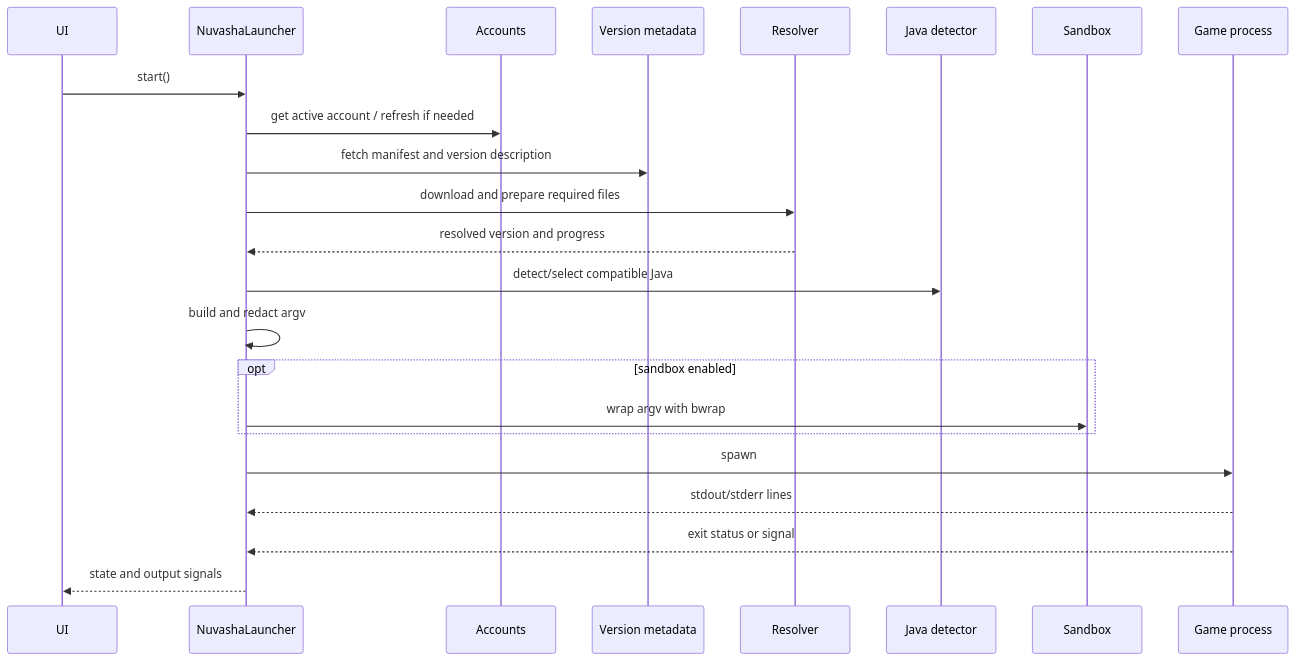
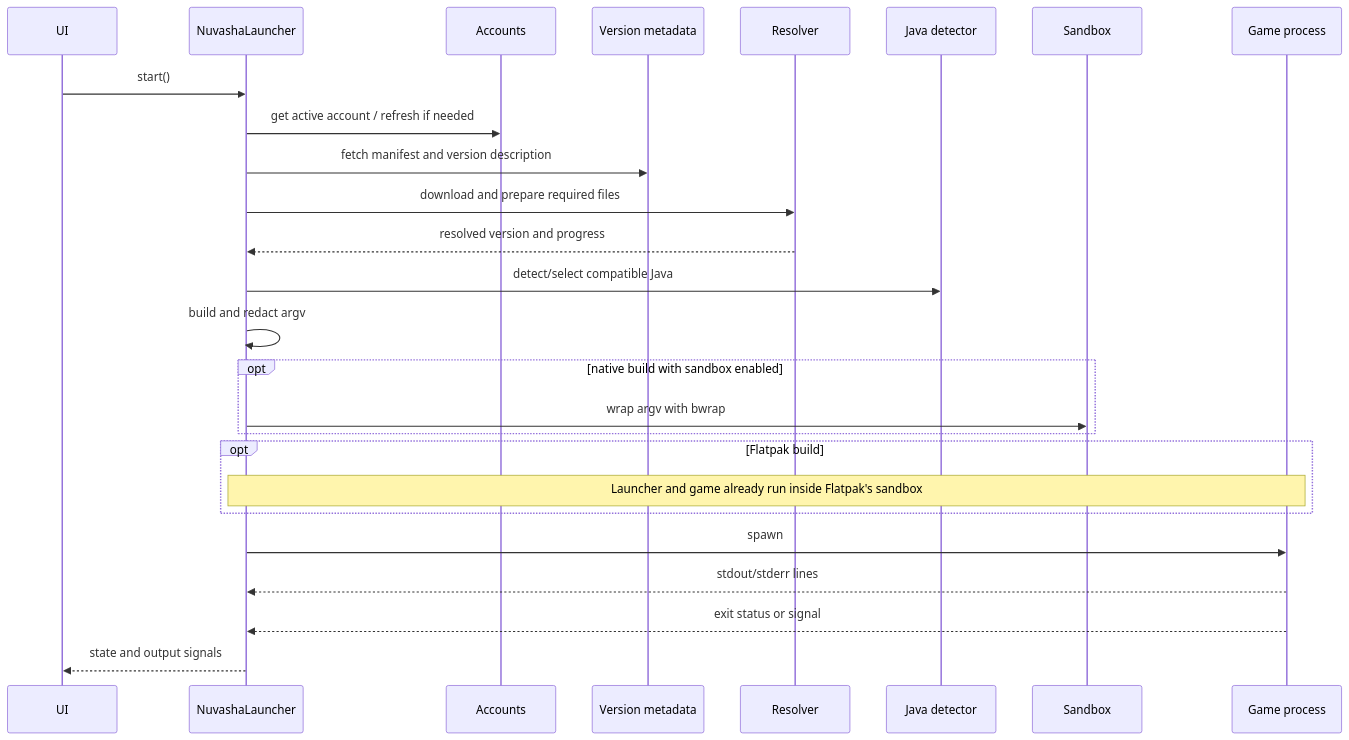
One commit to NuvashaLauncher/NuvashaLauncher changed the third of 3 diagrams in docs/architecture.md. Above: the diagram before and after it, drawn with Mermaid. The commit also changed other lines of this file and 4 other files, not shown here.

````diff
--- a/docs/architecture.md
+++ b/docs/architecture.md
@@ -372,26 +380,29 @@
 ```mermaid
 sequenceDiagram
     participant UI
     participant L as NuvashaLauncher
     participant A as Accounts
     participant V as Version metadata
     participant R as Resolver
     participant J as Java detector
     participant S as Sandbox
     participant P as Game process
 
     UI->>L: start()
     L->>A: get active account / refresh if needed
     L->>V: fetch manifest and version description
     L->>R: download and prepare required files
     R-->>L: resolved version and progress
     L->>J: detect/select compatible Java
     L->>L: build and redact argv
-    opt sandbox enabled
+    opt native build with sandbox enabled
         L->>S: wrap argv with bwrap
+    end
+    opt Flatpak build
+        Note over L,P: Launcher and game already run inside Flatpak's sandbox
     end
     L->>P: spawn
     P-->>L: stdout/stderr lines
     P-->>L: exit status or signal
     L-->>UI: state and output signals
 ```
````
